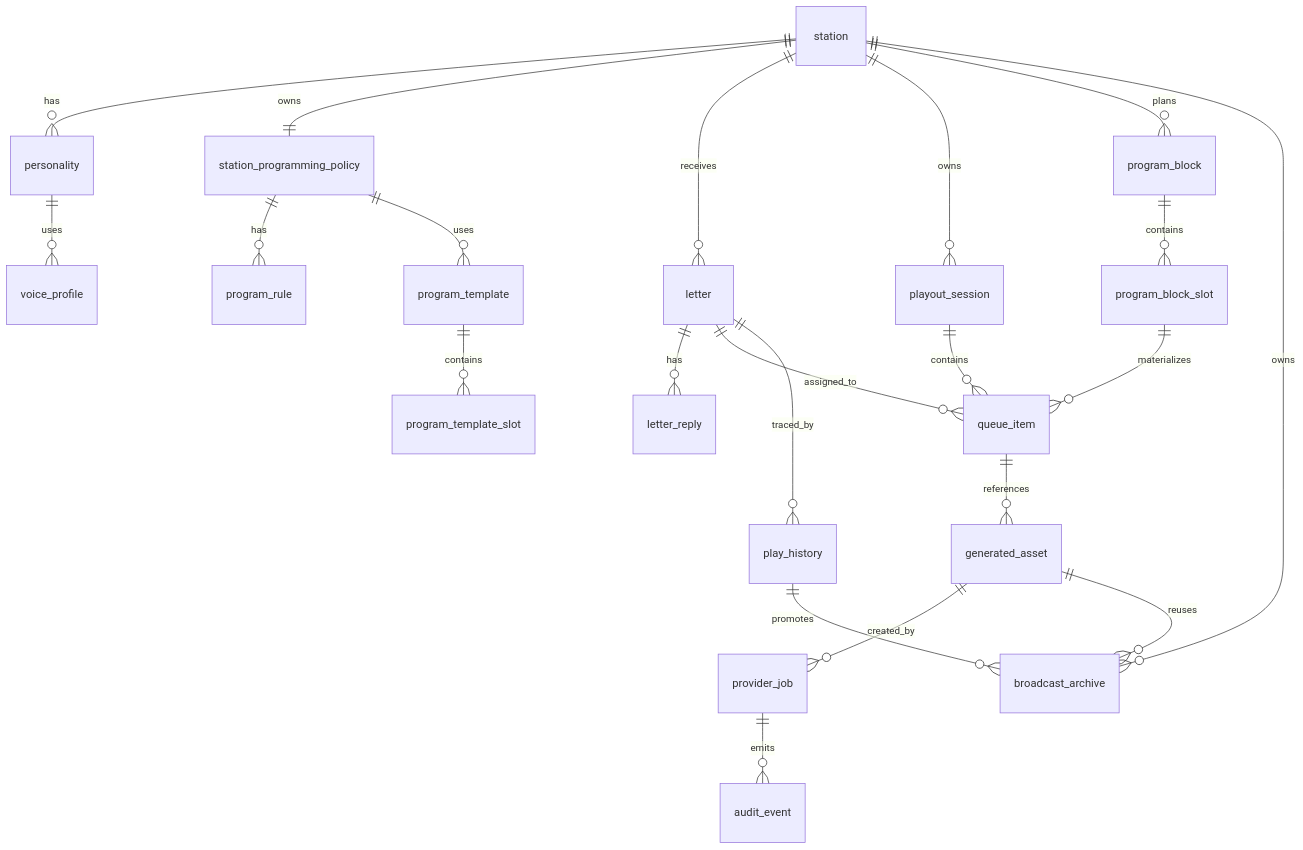
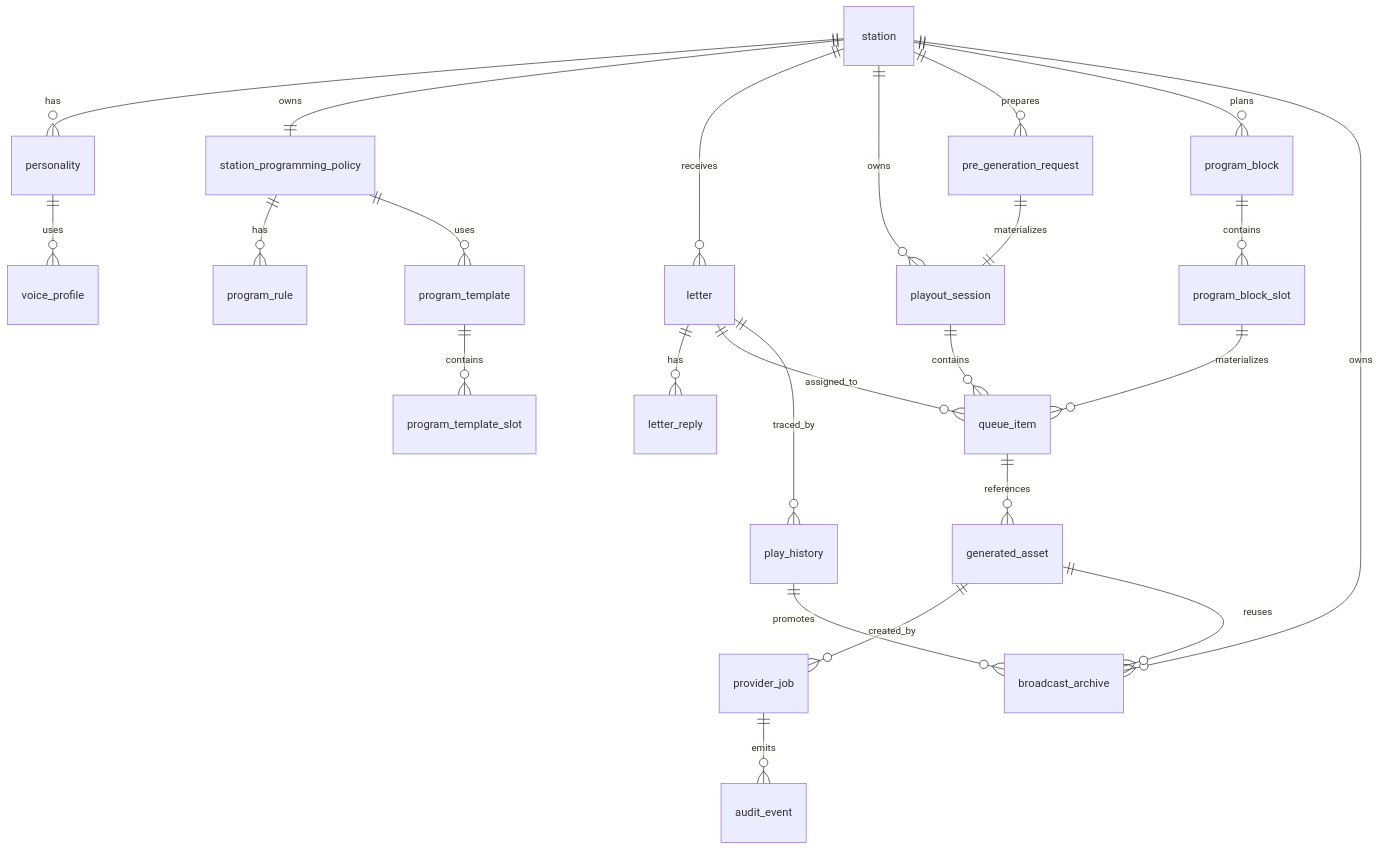
The diagram in docs/04_データ構造設計書.md (iwaken0928/SeedShiftRadio), drawn with Mermaid before and after one commit. The commit also changed other lines of this file and 51 other files, not shown here.

````diff
--- a/docs/04_データ構造設計書.md
+++ b/docs/04_データ構造設計書.md
@@ -53,24 +53,26 @@
 ```mermaid
 erDiagram
     station ||--o{ personality : has
     personality ||--o{ voice_profile : uses
     station ||--|| station_programming_policy : owns
     station_programming_policy ||--o{ program_rule : has
     station_programming_policy ||--o{ program_template : uses
     program_template ||--o{ program_template_slot : contains
     station ||--o{ letter : receives
     letter ||--o{ letter_reply : has
     letter ||--o{ queue_item : assigned_to
     letter ||--o{ play_history : traced_by
     station ||--o{ playout_session : owns
+    station ||--o{ pre_generation_request : prepares
+    pre_generation_request ||--|| playout_session : materializes
     station ||--o{ program_block : plans
     program_block ||--o{ program_block_slot : contains
     playout_session ||--o{ queue_item : contains
     program_block_slot ||--o{ queue_item : materializes
     queue_item ||--o{ generated_asset : references
     generated_asset ||--o{ provider_job : created_by
     station ||--o{ broadcast_archive : owns
     provider_job ||--o{ audit_event : emits
     play_history ||--o{ broadcast_archive : promotes
     generated_asset ||--o{ broadcast_archive : reuses
 ```
````
